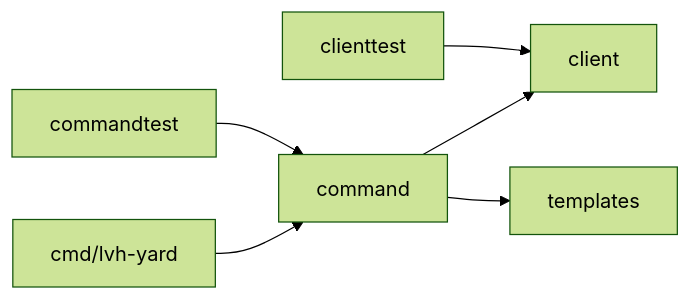
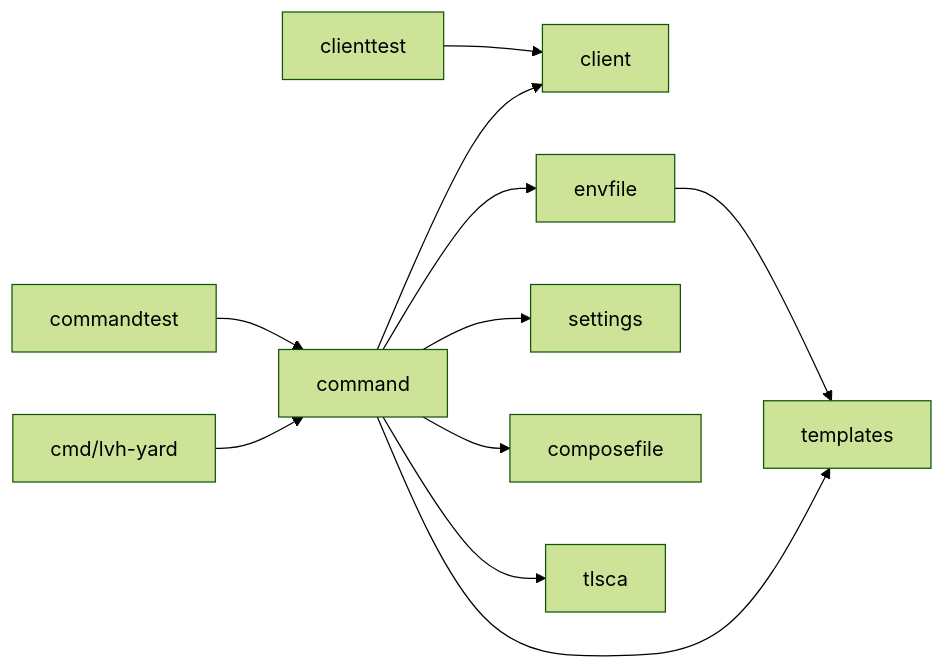
The fourth of 4 diagrams in docs/design.md (ppalazon/lvh-yard), drawn with Mermaid (forest theme) before and after one commit. The commit also changed other lines of this file and 13 other files, not shown here.

````diff
--- a/docs/design.md
+++ b/docs/design.md
@@ -204,8 +204,13 @@
 ```mermaid
 flowchart LR
     main[cmd/lvh-yard] --> command
     command --> client
     command --> templates
+    command --> envfile
+    command --> settings
+    command --> composefile
+    command --> tlsca
+    envfile --> templates
     commandtest --> command
     clienttest --> client
 ```
````
